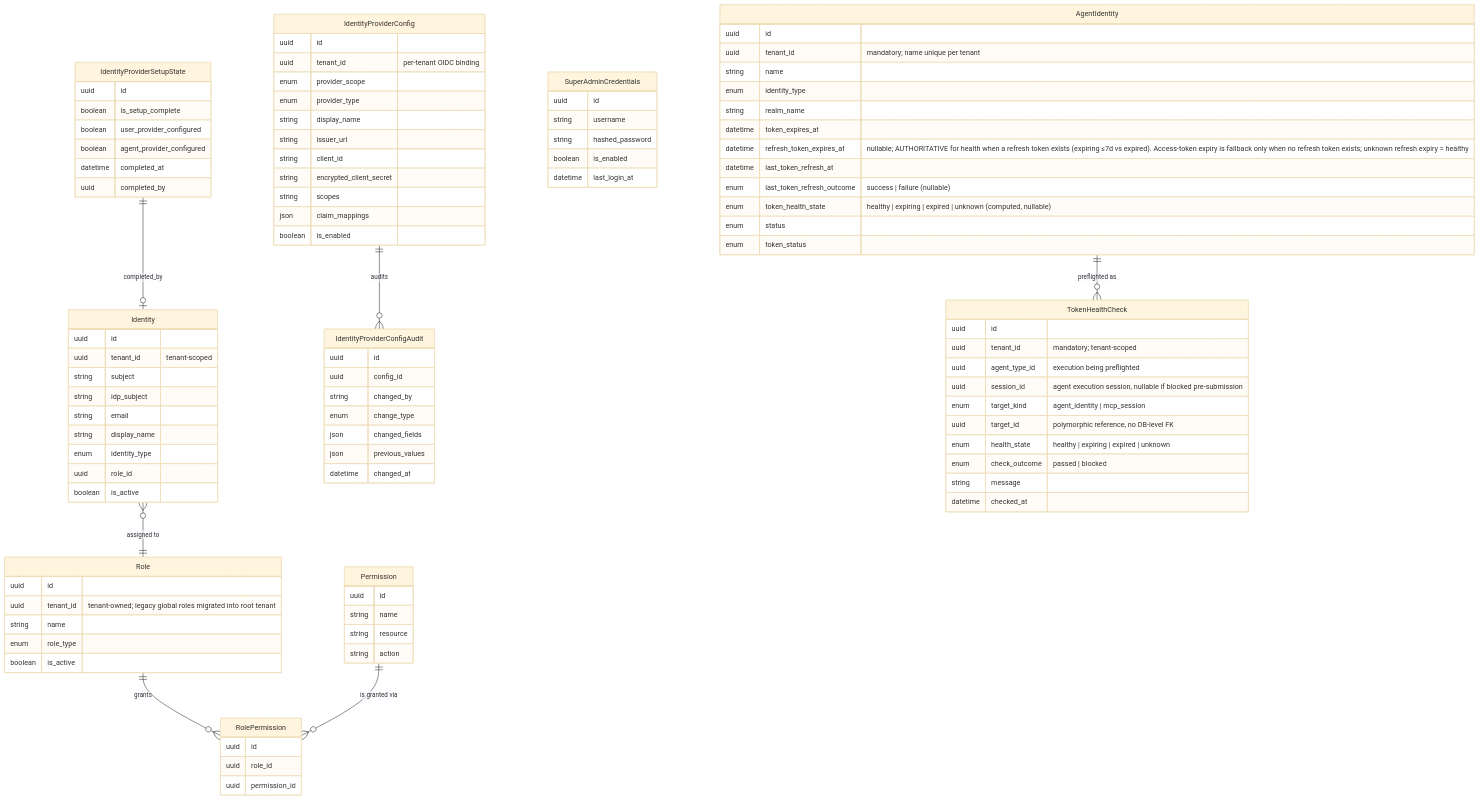
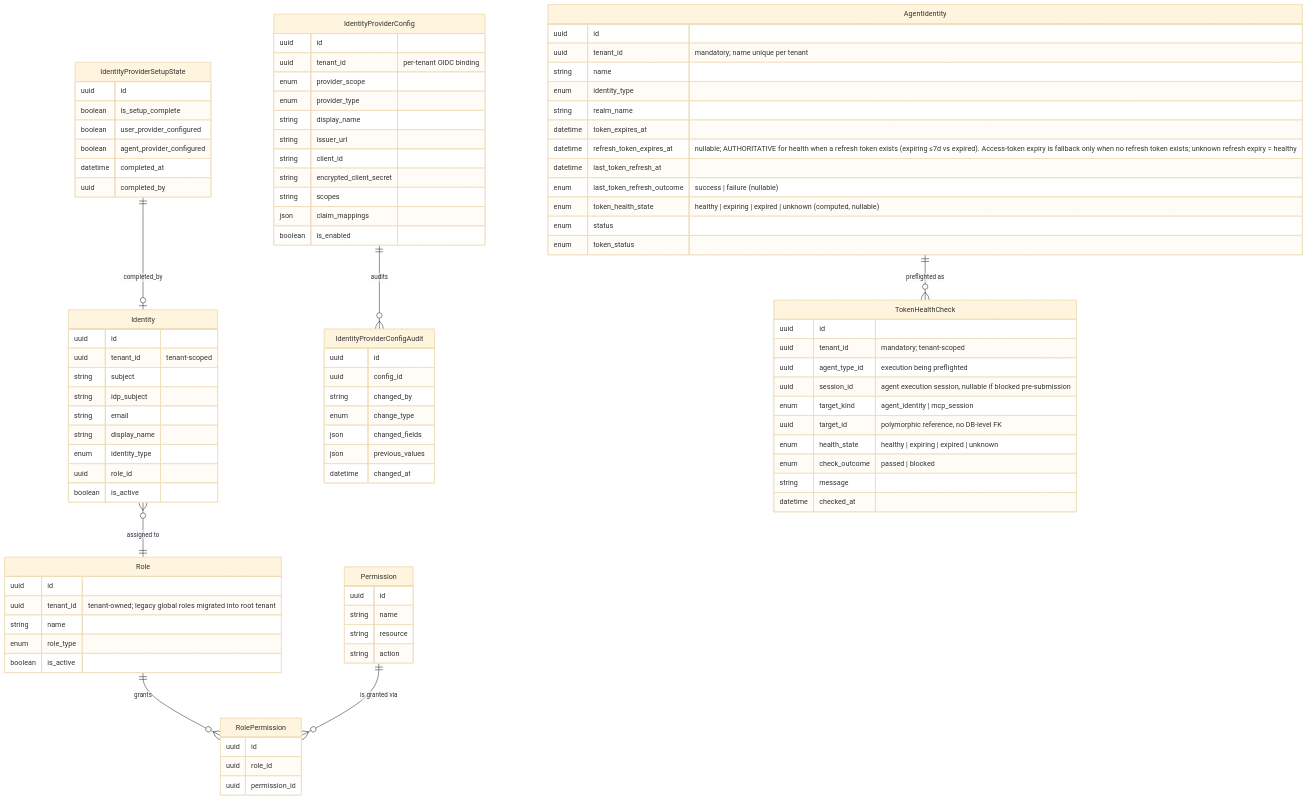
One commit to hurungang/parthenon changed the first of 2 diagrams in docs/master/data-model/modules/identity/entities.md. Above: the diagram before and after it, drawn with Mermaid (base theme). The commit also changed other lines of this file and 414 other files, not shown here.

```diff
--- a/docs/master/data-model/modules/identity/entities.md
+++ b/docs/master/data-model/modules/identity/entities.md
@@ -61,13 +63,6 @@
         datetime completed_at
         uuid completed_by
     }
-    SuperAdminCredentials {
-        uuid id
-        string username
-        string hashed_password
-        boolean is_enabled
-        datetime last_login_at
-    }
     AgentIdentity {
         uuid id
         uuid tenant_id "mandatory; name unique per tenant"
```
